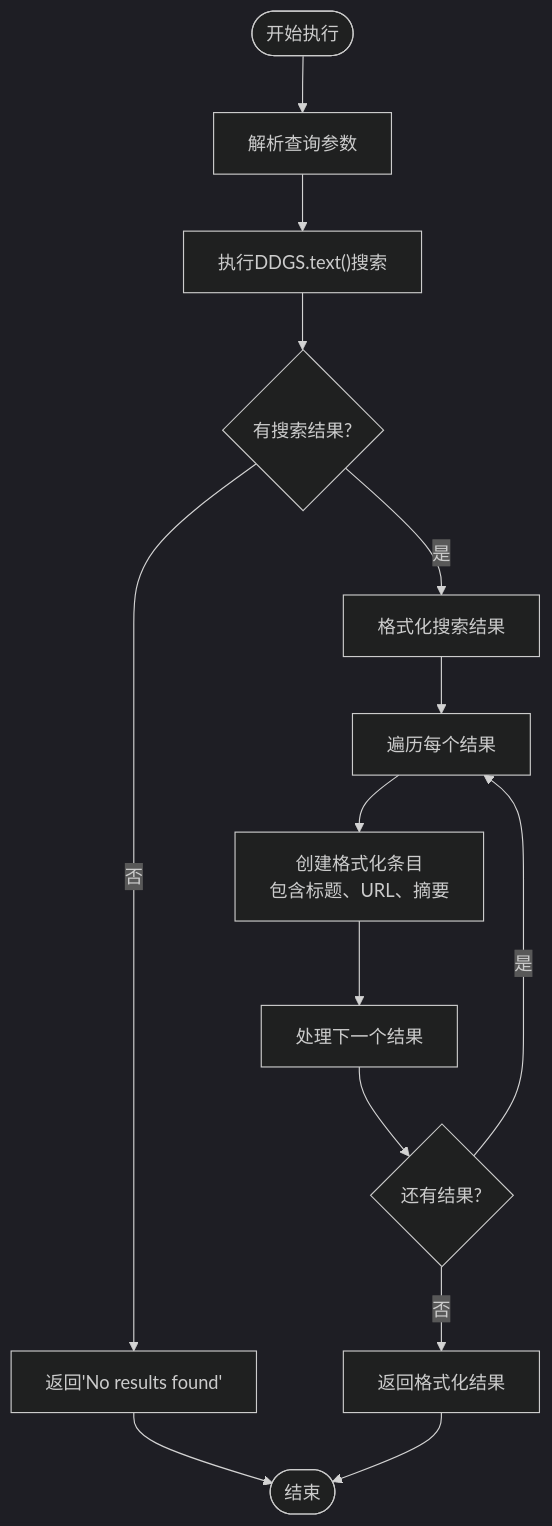
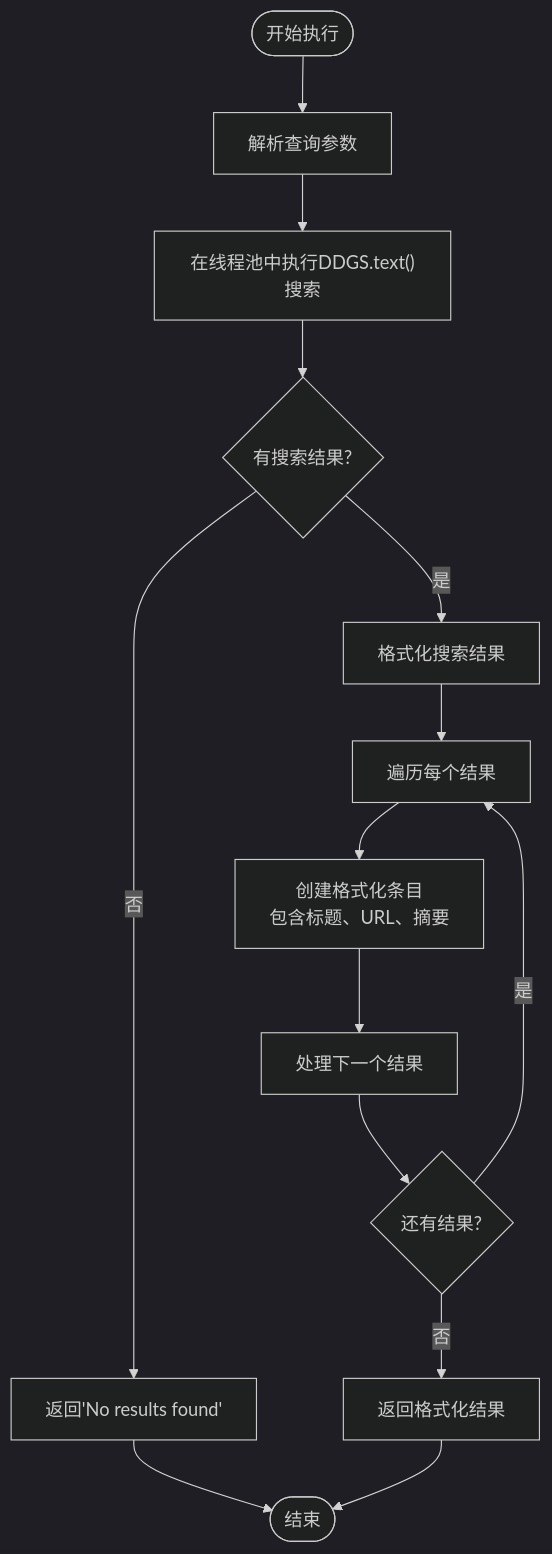
The seventh of 10 diagrams in .qoder/repowiki/zh/content/核心模块详解/内置工具详解.md (250shiwo/MySmallAgent), drawn with Mermaid (dark theme) before and after one commit. The commit also changed other lines of this file and 34 other files, not shown here.

````diff
--- a/.qoder/repowiki/zh/content/核心模块详解/内置工具详解.md
+++ b/.qoder/repowiki/zh/content/核心模块详解/内置工具详解.md
@@ -441,16 +443,16 @@
 ```mermaid
 flowchart TD
 Start([开始执行]) --> ParseParams["解析查询参数"]
-ParseParams --> ExecuteSearch["执行DDGS.text()搜索"]
+ParseParams --> ExecuteSearch["在线程池中执行DDGS.text()搜索"]
 ExecuteSearch --> HasResults{"有搜索结果?"}
 HasResults --> |否| ReturnNoResults["返回'No results found'"]
 HasResults --> |是| FormatResults["格式化搜索结果"]
 FormatResults --> LoopResults["遍历每个结果"]
 LoopResults --> CreateResult["创建格式化条目<br/>包含标题、URL、摘要"]
 CreateResult --> NextResult["处理下一个结果"]
 NextResult --> MoreResults{"还有结果?"}
 MoreResults --> |是| LoopResults
 MoreResults --> |否| ReturnFormatted["返回格式化结果"]
 ReturnNoResults --> End([结束])
 ReturnFormatted --> End
 ```
````
